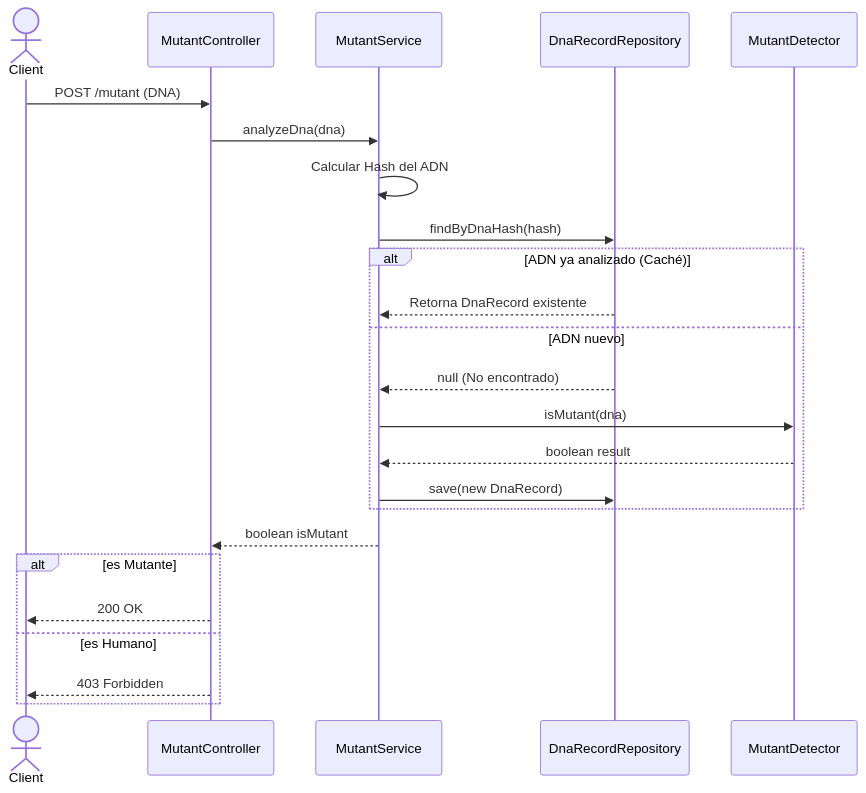
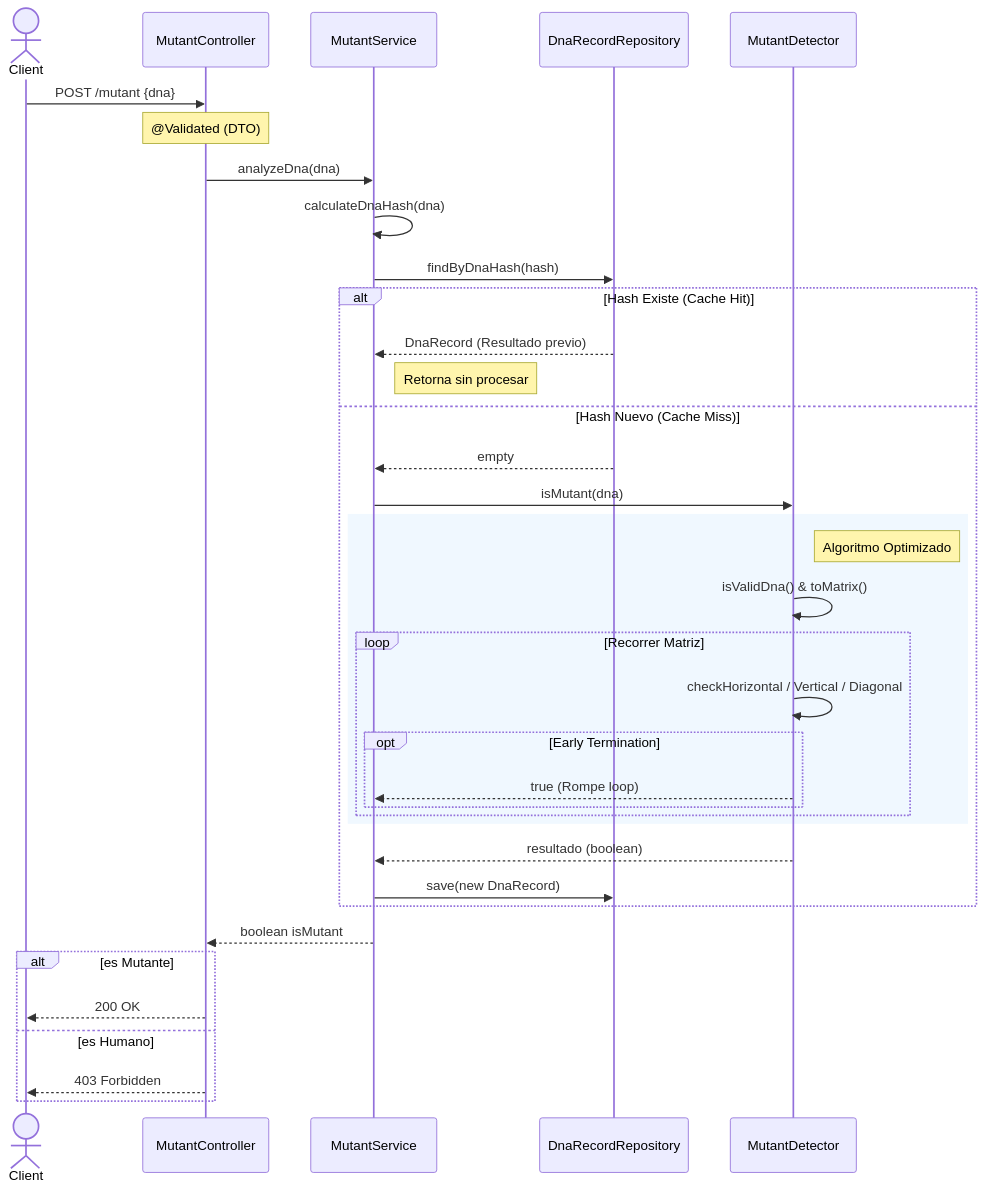
The first of 2 diagrams in README.md (leila-cruz/ExamenMercadoLibreGlobal), drawn with Mermaid before and after one commit. The commit also changed other lines of this file, not shown here.

````diff
--- a/README.md
+++ b/README.md
@@ -175,31 +175,46 @@
 ```mermaid
 sequenceDiagram
     actor Client
-    participant Controller as MutantController
-    participant Service as MutantService
-    participant DB as DnaRecordRepository
-    participant Detector as MutantDetector
+    participant C as MutantController
+    participant S as MutantService
+    participant R as DnaRecordRepository
+    participant D as MutantDetector
 
-    Client->>Controller: POST /mutant (DNA)
-    Controller->>Service: analyzeDna(dna)
+    Client->>C: POST /mutant {dna}
+    Note over C: @Validated (DTO)
     
-    Service->>Service: Calcular Hash del ADN
-    Service->>DB: findByDnaHash(hash)
+    C->>S: analyzeDna(dna)
+    S->>S: calculateDnaHash(dna)
     
-    alt ADN ya analizado (Caché)
-        DB-->>Service: Retorna DnaRecord existente
-    else ADN nuevo
-        DB-->>Service: null (No encontrado)
-        Service->>Detector: isMutant(dna)
-        Detector-->>Service: boolean result
-        Service->>DB: save(new DnaRecord)
+    S->>R: findByDnaHash(hash)
+    
+    alt Hash Existe (Cache Hit)
+        R-->>S: DnaRecord (Resultado previo)
+        Note right of S: Retorna sin procesar
+    else Hash Nuevo (Cache Miss)
+        R-->>S: empty
+        S->>D: isMutant(dna)
+        
+        rect rgb(240, 248, 255)
+            note right of D: Algoritmo Optimizado
+            D->>D: isValidDna() & toMatrix()
+            loop Recorrer Matriz
+                D->>D: checkHorizontal / Vertical / Diagonal
+                opt Early Termination
+                    D-->>S: true (Rompe loop)
+                end
+            end
+        end
+        
+        D-->>S: resultado (boolean)
+        S->>R: save(new DnaRecord)
     end
     
-    Service-->>Controller: boolean isMutant
+    S-->>C: boolean isMutant
     
     alt es Mutante
-        Controller-->>Client: 200 OK
+        C-->>Client: 200 OK
     else es Humano
-        Controller-->>Client: 403 Forbidden
+        C-->>Client: 403 Forbidden
     end
 ```
````
